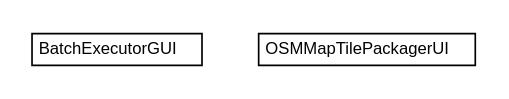
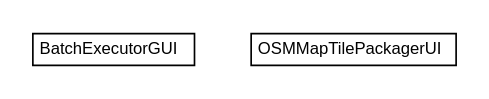
The diagram in javadocs/OSMMapTilePackager/org/osmdroid/mtp/ui/org.osmdroid.mtp.ui.dot (osmdroid/osmdroid), drawn with Graphviz before and after one commit. The commit also changed 3996 other files, not shown here.

```diff
--- a/javadocs/OSMMapTilePackager/org/osmdroid/mtp/ui/org.osmdroid.mtp.ui.dot
+++ b/javadocs/OSMMapTilePackager/org/osmdroid/mtp/ui/org.osmdroid.mtp.ui.dot
@@ -1,24 +1,24 @@
 #!/usr/local/bin/dot
 #
 # Class diagram 
 # Generated by UMLGraph version R5_6-24-gf6e263 (http://www.umlgraph.org/)
 #
 
 digraph G {
-	edge [fontname="Helvetica",fontsize=10,labelfontname="Helvetica",labelfontsize=10];
-	node [fontname="Helvetica",fontsize=10,shape=plaintext];
+	edge [fontname="arial",fontsize=10,labelfontname="arial",labelfontsize=10];
+	node [fontname="arial",fontsize=10,shape=plaintext];
 	nodesep=0.25;
 	ranksep=0.5;
 	// org.osmdroid.mtp.ui.BatchExecutorGUI
 	c46 [label=<<table title="org.osmdroid.mtp.ui.BatchExecutorGUI" border="0" cellborder="1" cellspacing="0" cellpadding="2" port="p" href="./BatchExecutorGUI.html">
 		<tr><td><table border="0" cellspacing="0" cellpadding="1">
 <tr><td align="center" balign="center"> BatchExecutorGUI </td></tr>
 		</table></td></tr>
-		</table>>, URL="./BatchExecutorGUI.html", fontname="Helvetica", fontcolor="black", fontsize=10.0];
+		</table>>, URL="./BatchExecutorGUI.html", fontname="arial", fontcolor="black", fontsize=10.0];
 	// org.osmdroid.mtp.ui.OSMMapTilePackagerUI
 	c47 [label=<<table title="org.osmdroid.mtp.ui.OSMMapTilePackagerUI" border="0" cellborder="1" cellspacing="0" cellpadding="2" port="p" href="./OSMMapTilePackagerUI.html">
 		<tr><td><table border="0" cellspacing="0" cellpadding="1">
 <tr><td align="center" balign="center"> OSMMapTilePackagerUI </td></tr>
 		</table></td></tr>
-		</table>>, URL="./OSMMapTilePackagerUI.html", fontname="Helvetica", fontcolor="black", fontsize=10.0];
+		</table>>, URL="./OSMMapTilePackagerUI.html", fontname="arial", fontcolor="black", fontsize=10.0];
 }
```
